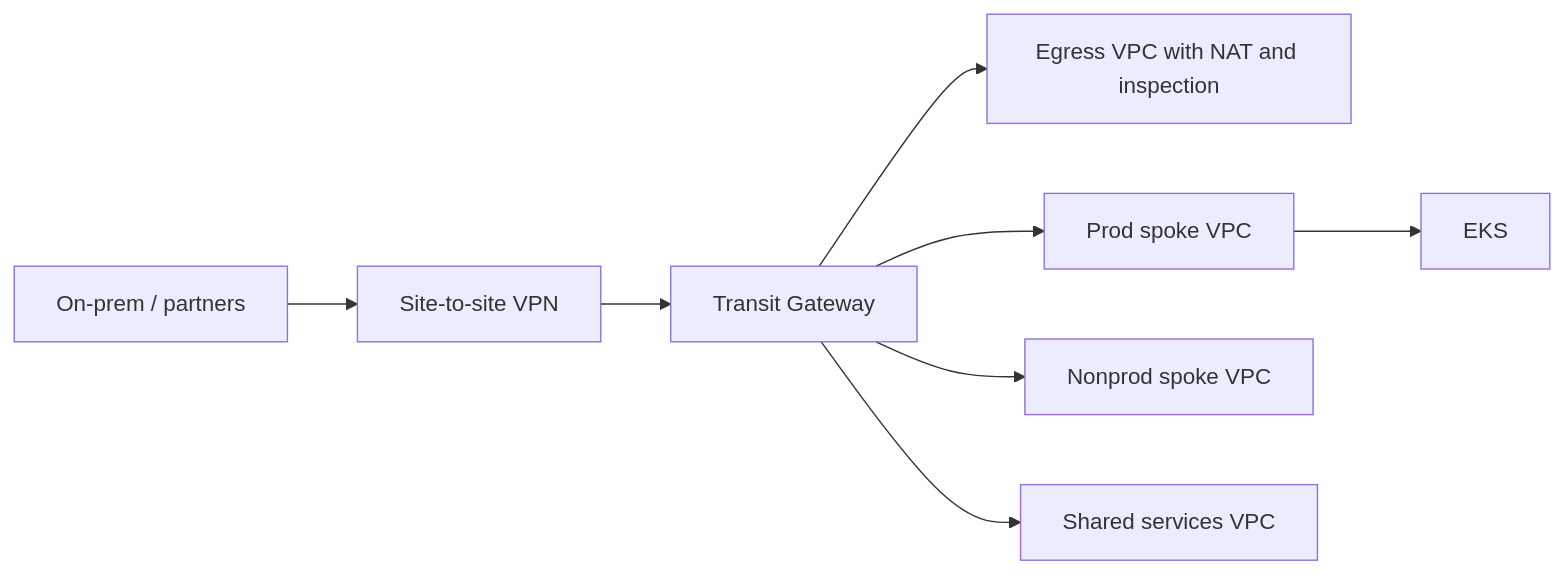
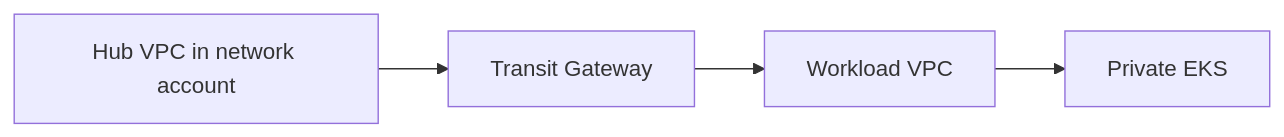
One commit to leeclarkuk/platform-engineering-reference changed the diagram in docs/architecture/aws.md. Above: the diagram before and after it, drawn with Mermaid. The commit also changed other lines of this file and 11 other files, not shown here.

````diff
--- a/docs/architecture/aws.md
+++ b/docs/architecture/aws.md
@@ -33,10 +39,8 @@
 ```mermaid
 flowchart LR
-  OnPrem[On-prem / partners] --> VPN[Site-to-site VPN]
-  VPN --> TGW[Transit Gateway]
-  TGW --> Egress[Egress VPC with NAT and inspection]
-  TGW --> Prod[Prod spoke VPC]
-  TGW --> Nonprod[Nonprod spoke VPC]
-  TGW --> Shared[Shared services VPC]
-  Prod --> EKS[EKS]
+  Hub[Hub VPC in network account]
+  TGW[Transit Gateway]
+  Spoke[Workload VPC]
+  EKS[Private EKS]
+  Hub --> TGW --> Spoke --> EKS
 ```
````
